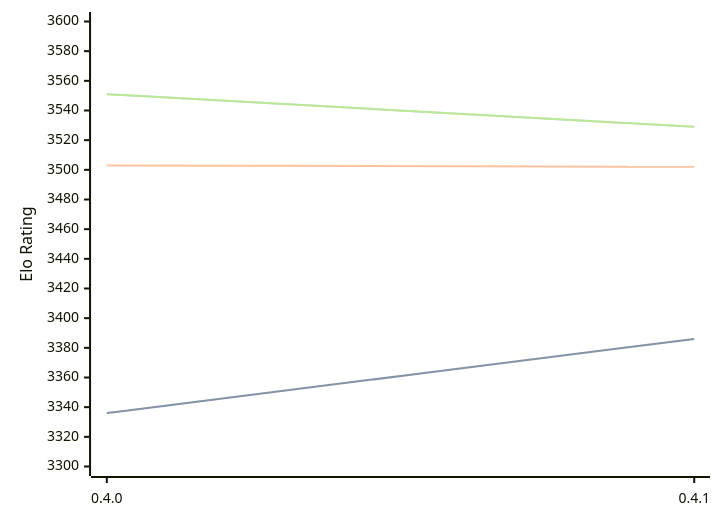
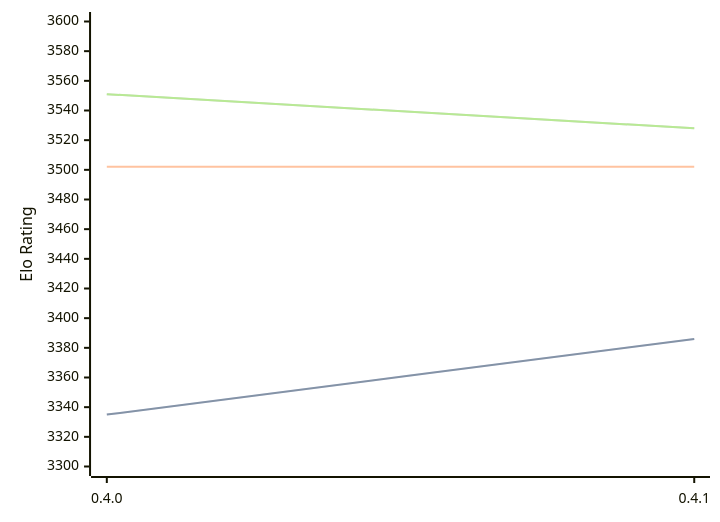
Before and after one commit to computer-chess-index/cci: the diagram in engines/Cinder.md, drawn with Mermaid. The commit also changed other lines of this file, not shown here.

Commit message:
Update CCI Ratings (ELO VLTC) - 2026-03-19

````diff
--- a/engines/Cinder.md
+++ b/engines/Cinder.md
@@ -38,11 +40,11 @@
 ```mermaid
 %%{init: {"theme":"base","themeVariables":{"seriesColors:['#a3a3a3','#222221','#faa371']}}}%%
 xychart-beta
   x-axis ["0.4.0", "0.4.1"]
   y-axis "Elo Rating" 3300 --> 3600
-  line "STC (8.0+0.08s)" [3336, 3386]
-  line "STC (8.0+0.08s)" [3336, 3386]
-  line "LTC (60.0+0.60s)" [3503, 3502]
-  line "VLTC (2m24s+1.12s)" [3551, 3529]
-  line "VLTC (2m24s+1.12s)" [3551, 3529]
+  line "STC (8.0+0.08s)" [3335, 3386]
+  line "STC (8.0+0.08s)" [3335, 3386]
+  line "LTC (60.0+0.60s)" [3502, 3502]
+  line "VLTC (2m24s+1.12s)" [3551, 3528]
+  line "VLTC (2m24s+1.12s)" [3551, 3528]
 ```
````
